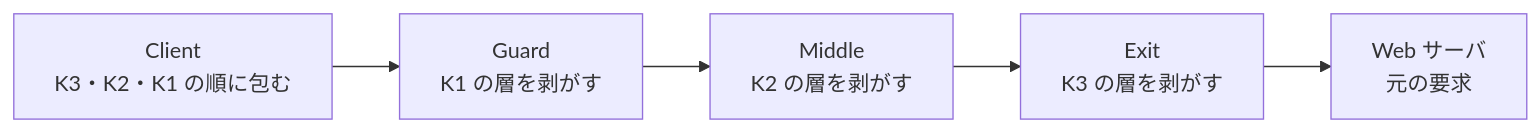
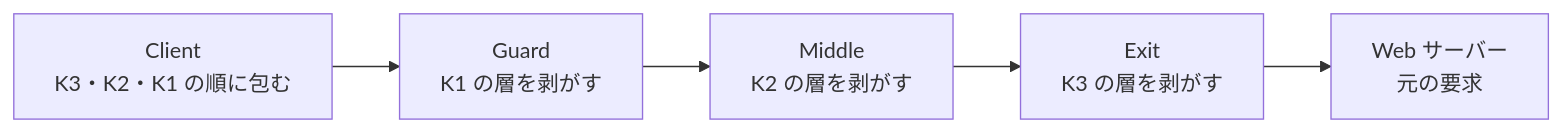
The fourth of 7 diagrams in content/notes/security/tor/index.md (nao1215/debimate), drawn with Mermaid before and after one commit. The commit also changed other lines of this file and 56 other files, not shown here.

````diff
--- a/content/notes/security/tor/index.md
+++ b/content/notes/security/tor/index.md
@@ -119,4 +119,4 @@
 ```mermaid
 flowchart LR
-    C["Client<br/>K3・K2・K1 の順に包む"] --> G["Guard<br/>K1 の層を剥がす"] --> M["Middle<br/>K2 の層を剥がす"] --> E["Exit<br/>K3 の層を剥がす"] --> W["Web サーバ<br/>元の要求"]
+    C["Client<br/>K3・K2・K1 の順に包む"] --> G["Guard<br/>K1 の層を剥がす"] --> M["Middle<br/>K2 の層を剥がす"] --> E["Exit<br/>K3 の層を剥がす"] --> W["Web サーバー<br/>元の要求"]
 ```
````
